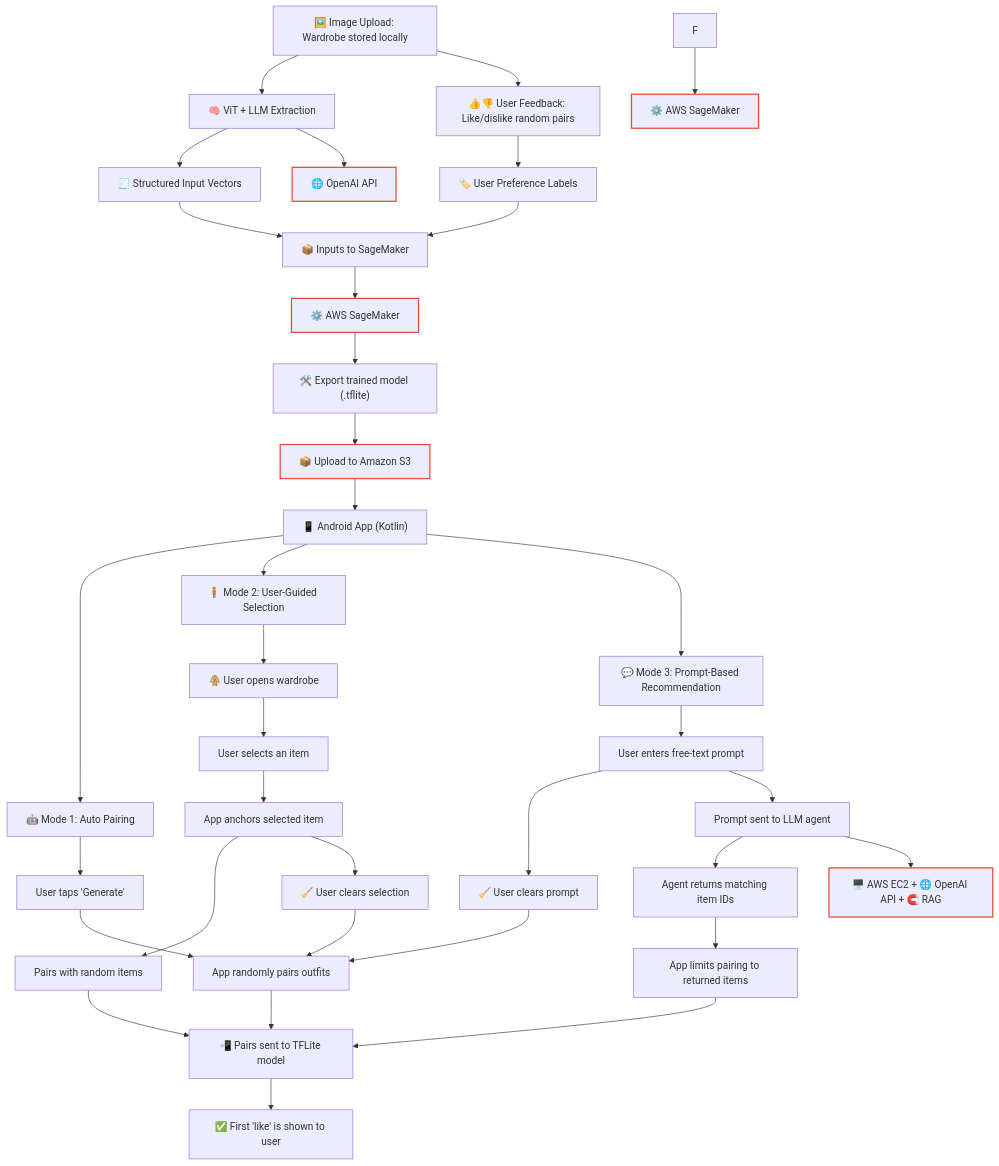
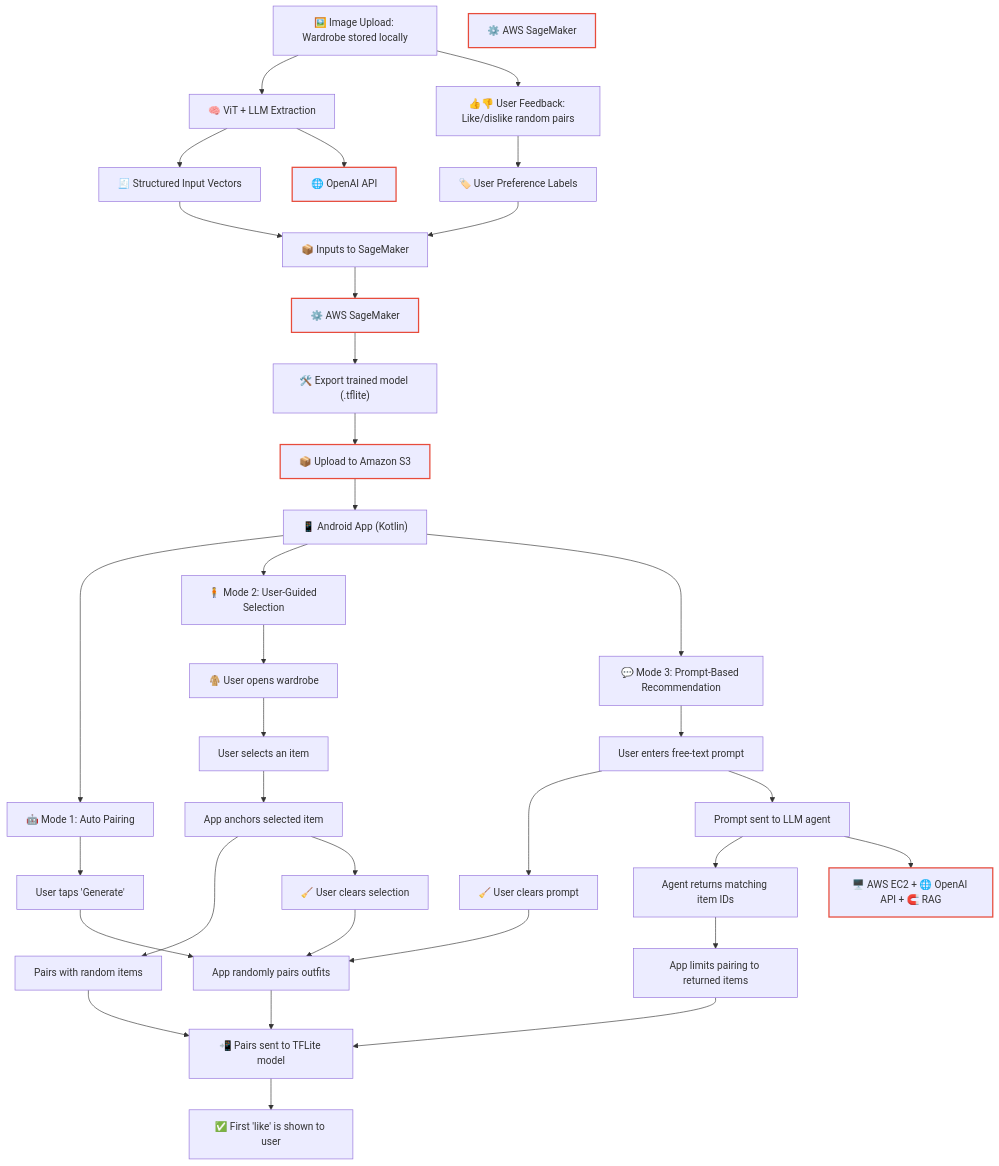
The diagram in README.md (DressMe-AI/awesome-dressmeai), drawn with Mermaid before and after one commit.

````diff
--- a/README.md
+++ b/README.md
@@ -44,58 +44,57 @@
 ```mermaid
 flowchart TD
     %% Core pipeline
     A["🖼️ Image Upload: Wardrobe stored locally"] --> B
     A --> C
     B["🧠 ViT + LLM Extraction"] --> D
     C["👍👎 User Feedback: Like/dislike random pairs"] --> E
     D["🧾 Structured Input Vectors"] --> train_input
     E["🏷️ User Preference Labels"] --> train_input
     train_input["📦 Inputs to SageMaker"] --> sagemaker["⚙️ AWS SageMaker"]:::external
     sagemaker --> tflite_export["🛠️ Export trained model (.tflite)"]
     tflite_export --> S3_upload["📦 Upload to Amazon S3"]:::external
     S3_upload --> H_app["📱 Android App (Kotlin)"]
     H_app["📱 Android App (Kotlin)"] --> I1_start
     H_app --> I2_start
     H_app --> I3_start
 
     %% Mode 1
     I1_start["🤖 Mode 1: Auto Pairing"] --> I1_a["User taps 'Generate'"]
     I1_a --> I1_b["App randomly pairs outfits"]
     I1_b --> I_common
 
     %% Mode 2
     I2_start["🧍 Mode 2: User-Guided Selection"] --> I2_a["🧥 User opens wardrobe"]
     I2_a --> I2_access["User selects an item"]
     I2_access --> I2_b["App anchors selected item"]
     I2_b --> I2_c["Pairs with random items"]
     I2_b --> I2_fallback["🧹 User clears selection"]
     I2_fallback --> I1_b
     I2_c --> I_common
 
     %% Mode 3
     I3_start["💬 Mode 3: Prompt-Based Recommendation"] --> I3_a["User enters free-text prompt"]
     I3_a --> I3_fallback["🧹 User clears prompt"]
     I3_fallback --> I1_b
     I3_a --> I3_b["Prompt sent to LLM agent"]
     I3_b --> I3_c["Agent returns matching item IDs"]
     I3_c --> I3_d["App limits pairing to returned items"]
     I3_d --> I_common
 
     %% Shared DL inference
     I_common["📲 Pairs sent to TFLite model"] --> I_final["✅ First 'like' is shown to user"]
 
     %% External systems as side nodes
     ext_openai["🌐 OpenAI API"]:::external
     ext_ec2["🖥️ AWS EC2 + 🌐 OpenAI API + 🧲 RAG"]:::external
     ext_sagemaker["⚙️ AWS SageMaker"]:::external
 
     %% Arrows to external systems
     B --> ext_openai
     I3_b --> ext_ec2
-    F --> ext_sagemaker
 
     %% Styling for external nodes
     classDef external stroke:#e74c3c,stroke-width:2px;
     class S3_upload,sagemaker external;
 
 ```
````
